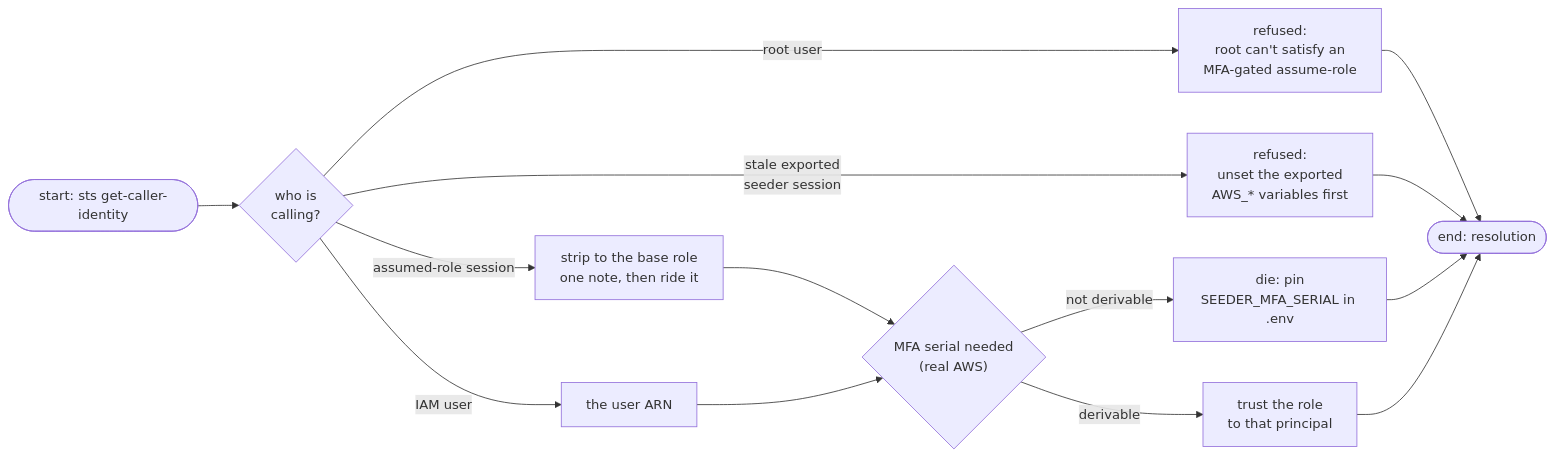
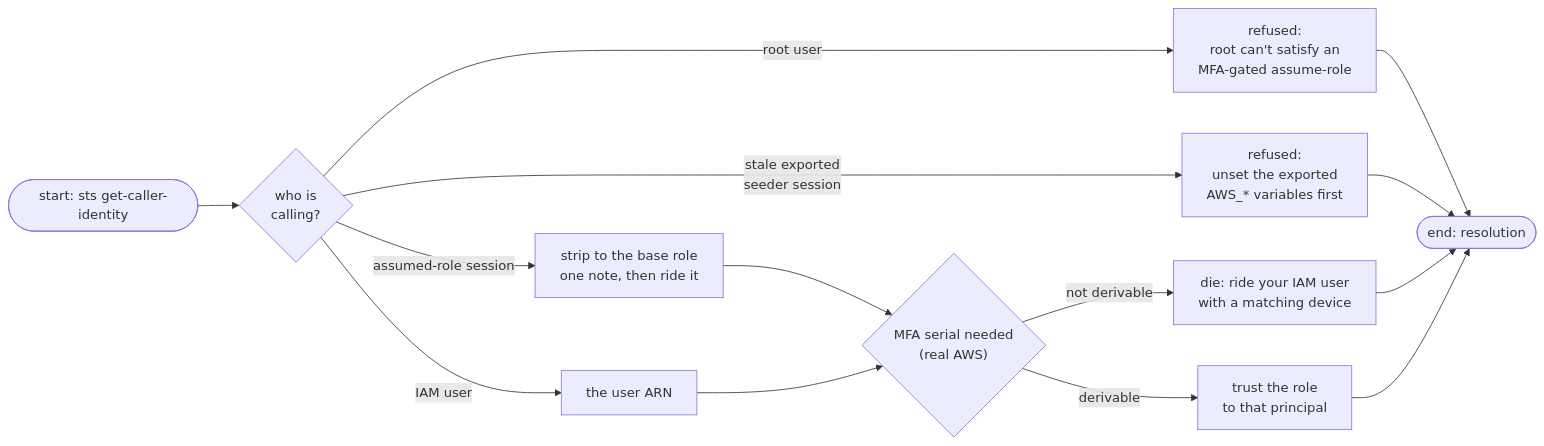
The first of 3 diagrams in tools/tfctl/docs/concepts/carrier.md (kunalPisolkar24/detectAI), drawn with Mermaid before and after one commit. The commit also changed other lines of this file and 11 other files, not shown here.

Commit message:
Drop the seeder MFA serial override from the tfctl carrier

````diff
--- a/tools/tfctl/docs/concepts/carrier.md
+++ b/tools/tfctl/docs/concepts/carrier.md
@@ -33,13 +33,13 @@
 ```mermaid
 graph LR
     START(["start: sts get-caller-identity"]) --> WHO{"who is<br/>calling?"}
     WHO -->|"root user"| NO1["refused:<br/>root can't satisfy an<br/>MFA-gated assume-role"] --> END(["end: resolution"])
     WHO -->|"stale exported<br/>seeder session"| NO2["refused:<br/>unset the exported<br/>AWS_* variables first"] --> END
     WHO -->|"assumed-role session"| STRIP["strip to the base role<br/>one note, then ride it"]
     WHO -->|"IAM user"| USER["the user ARN"]
     STRIP --> SERIAL{"MFA serial needed<br/>(real AWS)"}
     USER --> SERIAL
     SERIAL -->|"derivable"| OK["trust the role<br/>to that principal"]
-    SERIAL -->|"not derivable"| PIN["die: pin<br/>SEEDER_MFA_SERIAL in .env"] --> END
+    SERIAL -->|"not derivable"| DIE["die: ride your IAM user<br/>with a matching device"] --> END
     OK --> END
 ```
````
